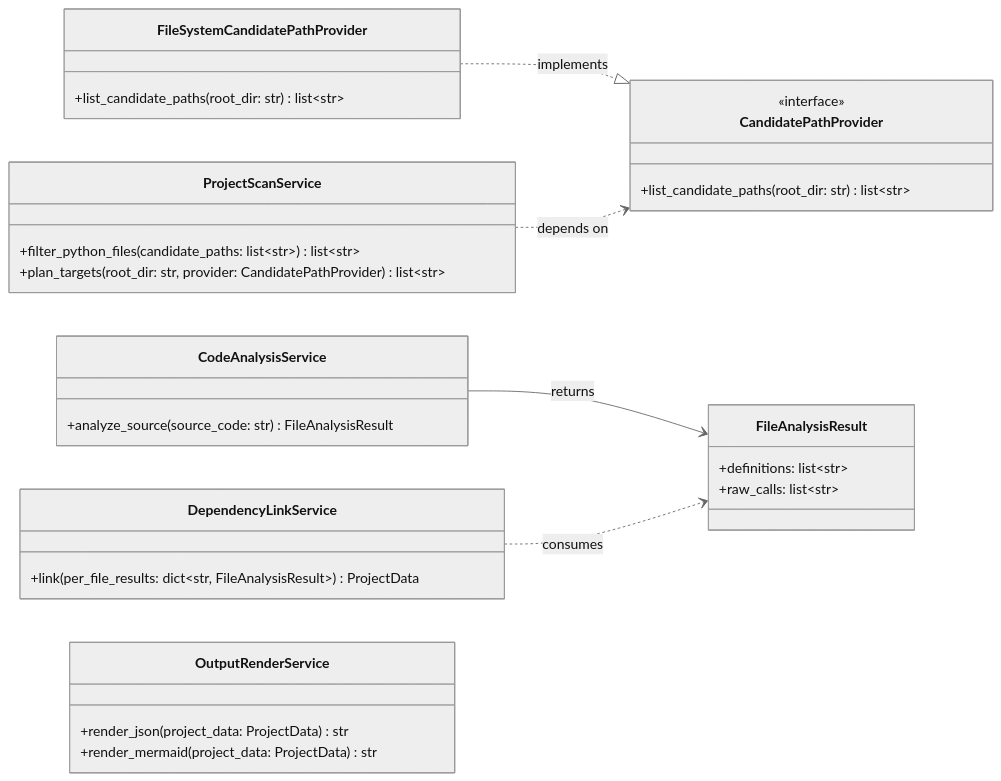
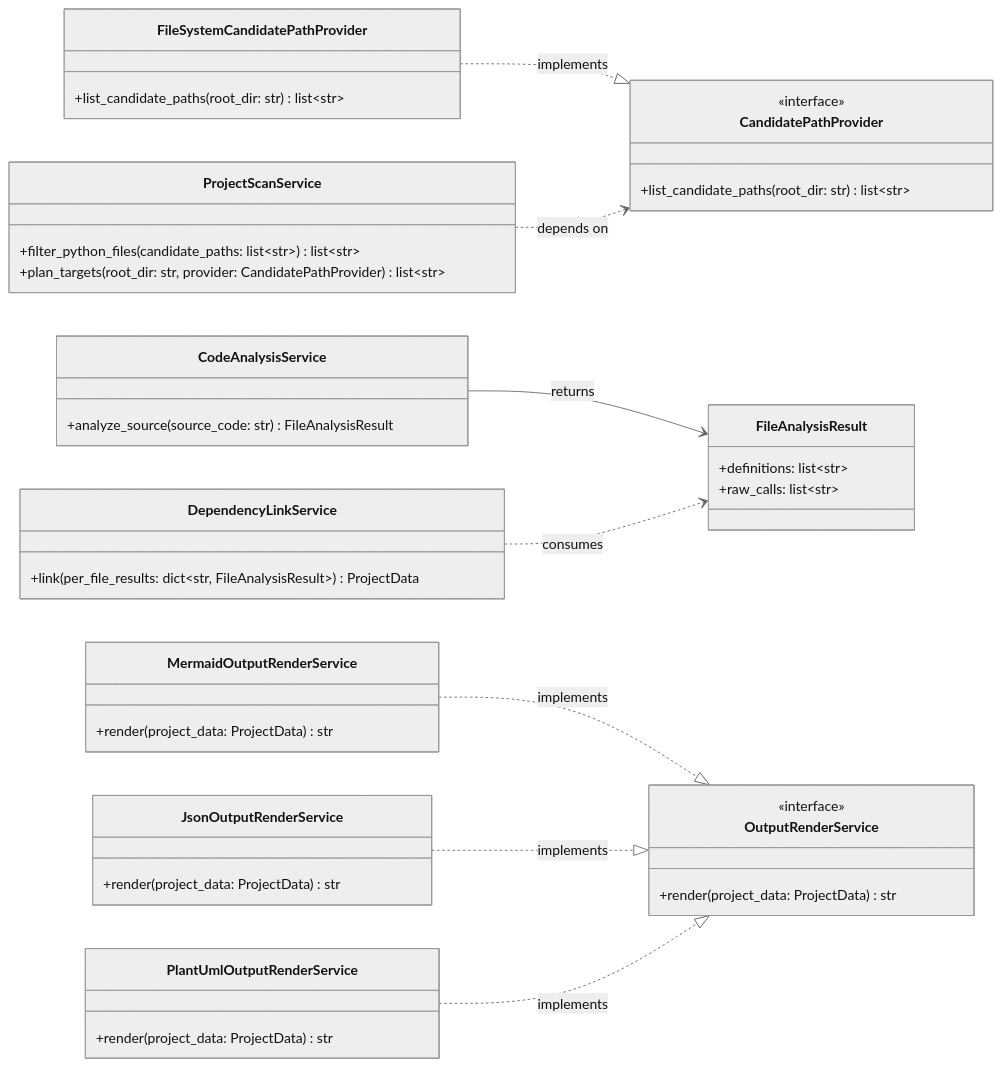
The diagram in prototype/global_class_diagram.md (RC-diamond-GH/py-project-analyzer), drawn with Mermaid (neutral theme) before and after one commit. The commit also changed 7 other files, not shown here.

First line of the commit message:
feat: add PlantUML support and refactor OutputRenderService

````diff
--- a/prototype/global_class_diagram.md
+++ b/prototype/global_class_diagram.md
@@ -1,41 +1,57 @@
 ```mermaid
 classDiagram
     direction LR
 
     class CandidatePathProvider {
         <<interface>>
         +list_candidate_paths(root_dir: str) list~str~
     }
 
     class FileSystemCandidatePathProvider {
         +list_candidate_paths(root_dir: str) list~str~
     }
 
     class ProjectScanService {
         +filter_python_files(candidate_paths: list~str~) list~str~
         +plan_targets(root_dir: str, provider: CandidatePathProvider) list~str~
     }
 
     class CodeAnalysisService {
         +analyze_source(source_code: str) FileAnalysisResult
     }
 
     class FileAnalysisResult {
         +definitions: list~str~
         +raw_calls: list~str~
     }
 
     class DependencyLinkService {
         +link(per_file_results: dict~str, FileAnalysisResult~) ProjectData
     }
 
     class OutputRenderService {
-        +render_json(project_data: ProjectData) str
-        +render_mermaid(project_data: ProjectData) str
+        <<interface>>
+        +render(project_data: ProjectData) str
     }
+
+    class MermaidOutputRenderService {
+        +render(project_data: ProjectData) str
+    }
+
+    class JsonOutputRenderService {
+        +render(project_data: ProjectData) str
+    }
+
+    class PlantUmlOutputRenderService {
+        +render(project_data: ProjectData) str
+    }
+
+    MermaidOutputRenderService ..|> OutputRenderService : implements
+    JsonOutputRenderService ..|> OutputRenderService : implements
+    PlantUmlOutputRenderService ..|> OutputRenderService : implements
 
     FileSystemCandidatePathProvider ..|> CandidatePathProvider : implements
     ProjectScanService ..> CandidatePathProvider : depends on
     CodeAnalysisService --> FileAnalysisResult : returns
     DependencyLinkService ..> FileAnalysisResult : consumes
 ```
````
